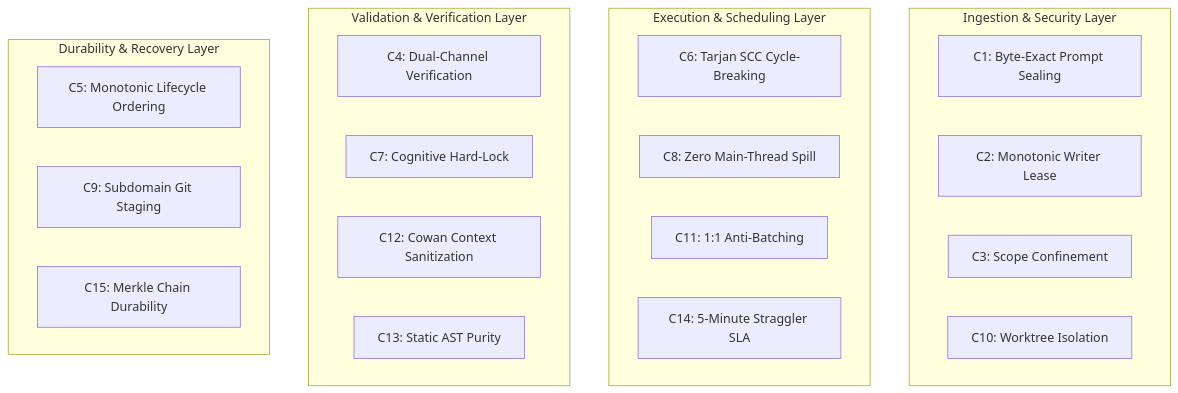
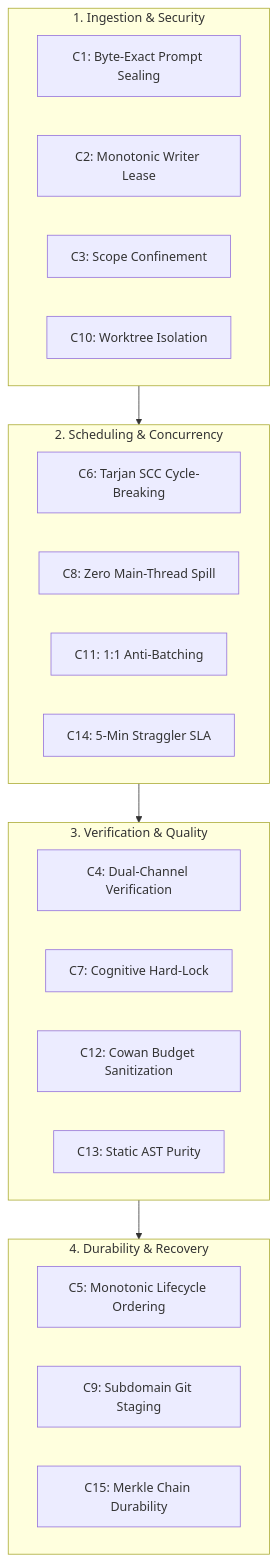
The first of 2 diagrams in docs/olt/architecture/01-foundations/01-02-the-hard-zeros-and-invariants.md (onurseckin/skills), drawn with Mermaid before and after one commit. The commit also changed other lines of this file and 163 other files, not shown here.

````diff
--- a/docs/olt/architecture/01-foundations/01-02-the-hard-zeros-and-invariants.md
+++ b/docs/olt/architecture/01-foundations/01-02-the-hard-zeros-and-invariants.md
@@ -88,29 +114,33 @@
 ```mermaid
-graph TD
-    subgraph "Ingestion & Security Layer"
+flowchart TD
+    subgraph Ingestion_Security ["1. Ingestion & Security"]
         C1["C1: Byte-Exact Prompt Sealing"]
         C2["C2: Monotonic Writer Lease"]
         C3["C3: Scope Confinement"]
         C10["C10: Worktree Isolation"]
     end
 
-    subgraph "Execution & Scheduling Layer"
+    subgraph Scheduling_Concurrency ["2. Scheduling & Concurrency"]
         C6["C6: Tarjan SCC Cycle-Breaking"]
         C8["C8: Zero Main-Thread Spill"]
         C11["C11: 1:1 Anti-Batching"]
-        C14["C14: 5-Minute Straggler SLA"]
+        C14["C14: 5-Min Straggler SLA"]
     end
 
-    subgraph "Validation & Verification Layer"
+    subgraph Verification_Quality ["3. Verification & Quality"]
         C4["C4: Dual-Channel Verification"]
         C7["C7: Cognitive Hard-Lock"]
-        C12["C12: Cowan Context Sanitization"]
+        C12["C12: Cowan Budget Sanitization"]
         C13["C13: Static AST Purity"]
     end
 
-    subgraph "Durability & Recovery Layer"
+    subgraph Durability_Recovery ["4. Durability & Recovery"]
         C5["C5: Monotonic Lifecycle Ordering"]
         C9["C9: Subdomain Git Staging"]
         C15["C15: Merkle Chain Durability"]
     end
+
+    Ingestion_Security --> Scheduling_Concurrency
+    Scheduling_Concurrency --> Verification_Quality
+    Verification_Quality --> Durability_Recovery
 ```
````
